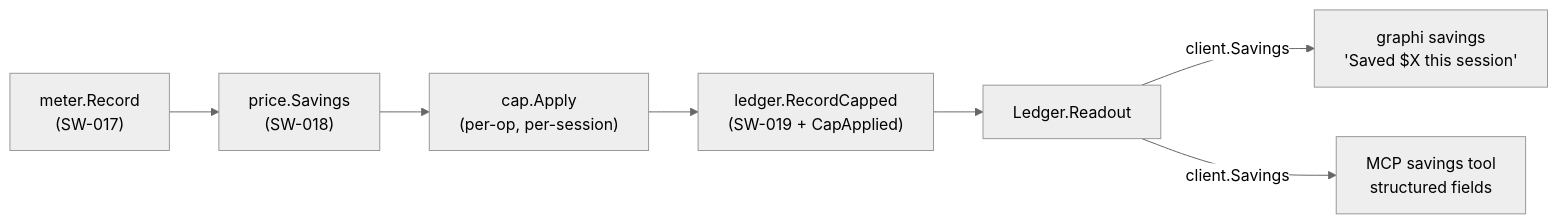
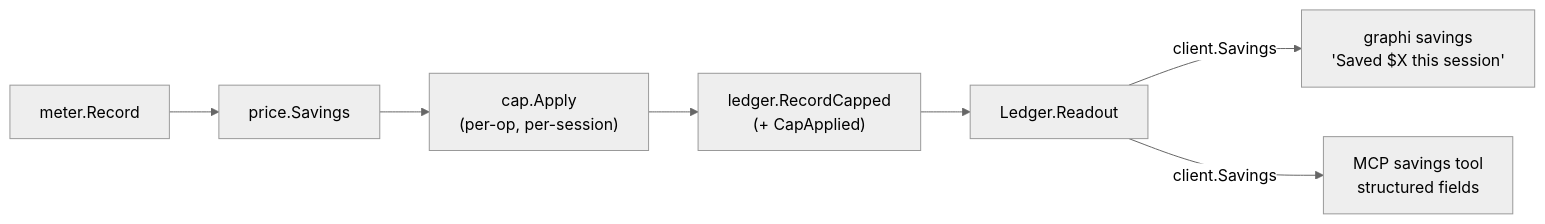
One commit to samibel/graphi changed the diagram in docs/savings/cap-readout.md. Above: the diagram before and after it, drawn with Mermaid (neutral theme). The commit also changed other lines of this file and 22 other files, not shown here.

````diff
--- a/docs/savings/cap-readout.md
+++ b/docs/savings/cap-readout.md
@@ -19,9 +24,9 @@
 ```mermaid
 flowchart LR
-  M["meter.Record\n(SW-017)"] --> P["price.Savings\n(SW-018)"]
+  M["meter.Record"] --> P["price.Savings"]
   P --> C["cap.Apply\n(per-op, per-session)"]
-  C --> L["ledger.RecordCapped\n(SW-019 + CapApplied)"]
+  C --> L["ledger.RecordCapped\n(+ CapApplied)"]
   L --> R["Ledger.Readout"]
   R -->|"client.Savings"| CLI["graphi savings\n'Saved $X this session'"]
   R -->|"client.Savings"| MCP["MCP savings tool\nstructured fields"]
 ```
````
